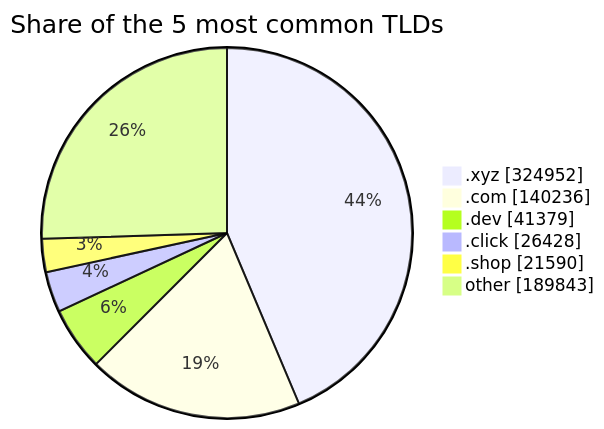
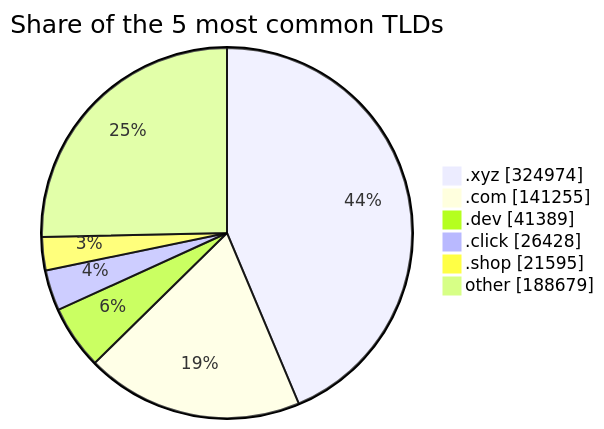
The third of 3 diagrams in README.md (DNSBunker/CTI), drawn with Mermaid before and after one commit. The commit also changed other lines of this file and 3 other files, not shown here.

````diff
--- a/README.md
+++ b/README.md
@@ -81,9 +81,9 @@
 ```mermaid
 pie showData title Share of the 5 most common TLDs
-    ".xyz" : 324952
-    ".com" : 140236
-    ".dev" : 41379
+    ".xyz" : 324974
+    ".com" : 141255
+    ".dev" : 41389
     ".click" : 26428
-    ".shop" : 21590
-    "other" : 189843
+    ".shop" : 21595
+    "other" : 188679
 ```
````
